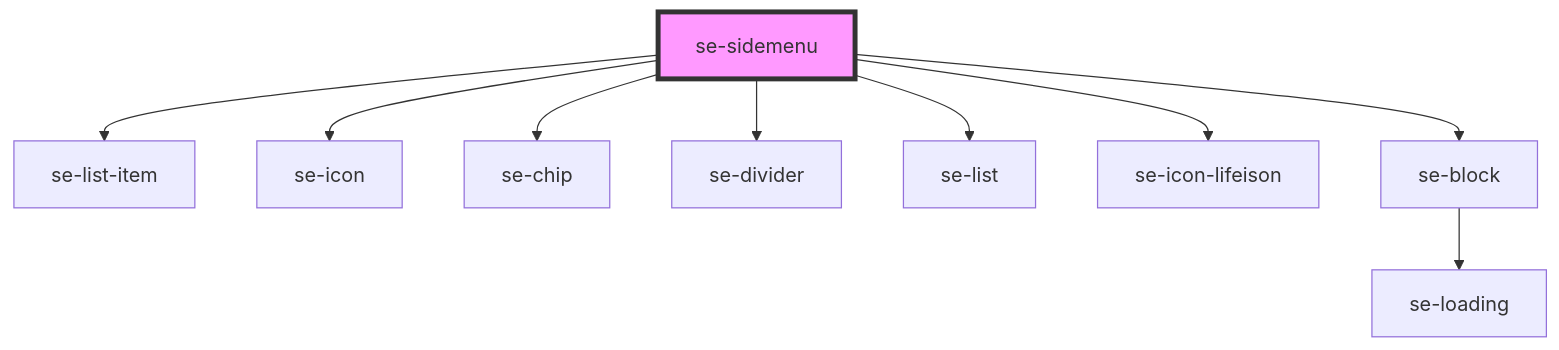
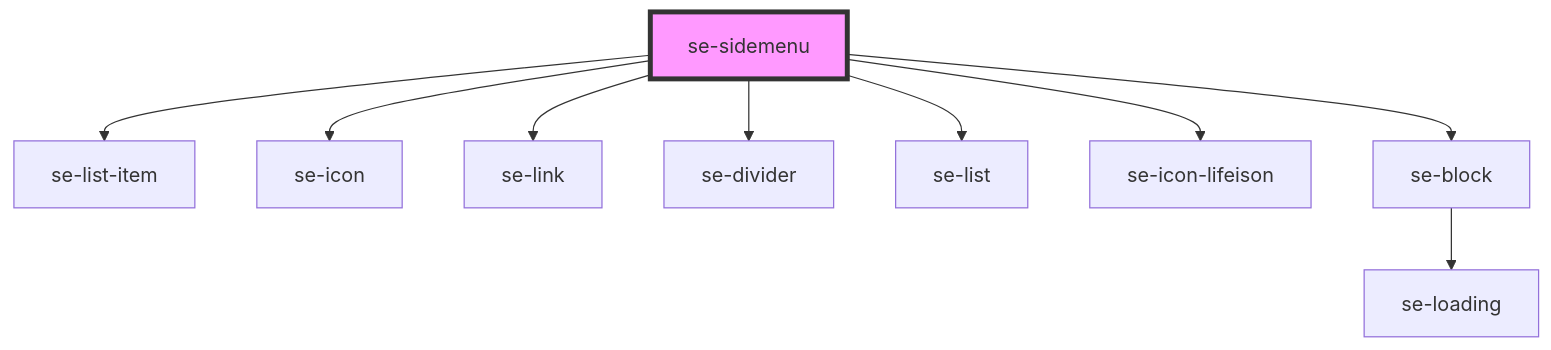
Before and after one commit to robbiemcmullense/se-web-ui: the diagram in src-core/src/components/sidemenu/readme.md, drawn with Mermaid. The commit also changed other lines of this file and 12 other files, not shown here.

````diff
--- a/src-core/src/components/sidemenu/readme.md
+++ b/src-core/src/components/sidemenu/readme.md
@@ -41,12 +41,12 @@
 ```mermaid
 graph TD;
   se-sidemenu --> se-list-item
   se-sidemenu --> se-icon
-  se-sidemenu --> se-chip
+  se-sidemenu --> se-link
   se-sidemenu --> se-divider
   se-sidemenu --> se-list
   se-sidemenu --> se-icon-lifeison
   se-sidemenu --> se-block
   se-block --> se-loading
   style se-sidemenu fill:#f9f,stroke:#333,stroke-width:4px
 ```
````
